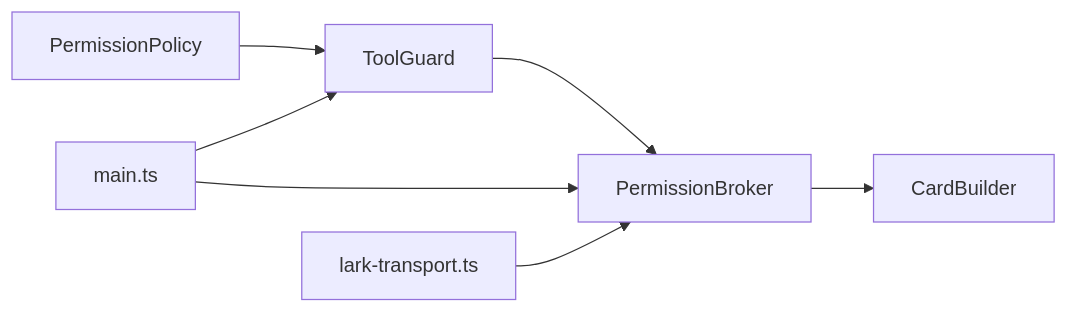
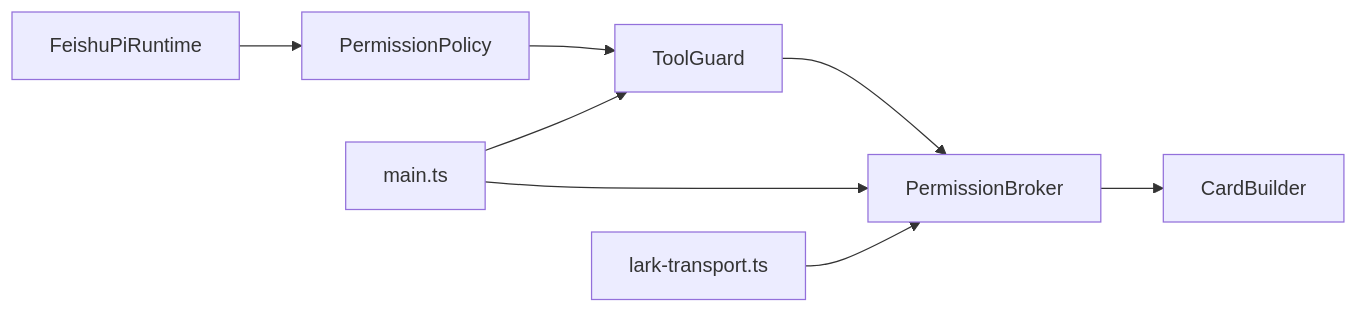
One commit to HeXiaoShu520/feishu-pi changed the eighth of 8 diagrams in .qoder/repowiki/zh/content/脚本工具系统/工具系统/工具安全控制.md. Above: the diagram before and after it, drawn with Mermaid. The commit also changed other lines of this file and 47 other files, not shown here.

````diff
--- a/.qoder/repowiki/zh/content/脚本工具系统/工具系统/工具安全控制.md
+++ b/.qoder/repowiki/zh/content/脚本工具系统/工具系统/工具安全控制.md
@@ -311,9 +367,10 @@
 ```mermaid
 graph LR
 POL["PermissionPolicy"] --> TG["ToolGuard"]
 TG --> BR["PermissionBroker"]
 BR --> CARD["CardBuilder"]
 MAIN["main.ts"] --> TG
 MAIN --> BR
 TR["lark-transport.ts"] --> BR
+RT["FeishuPiRuntime"] --> POL
 ```
````
